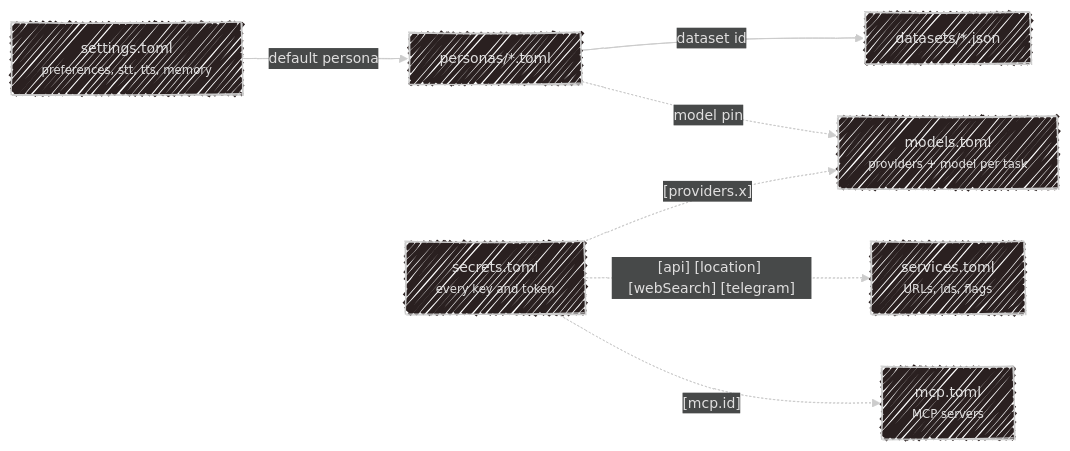
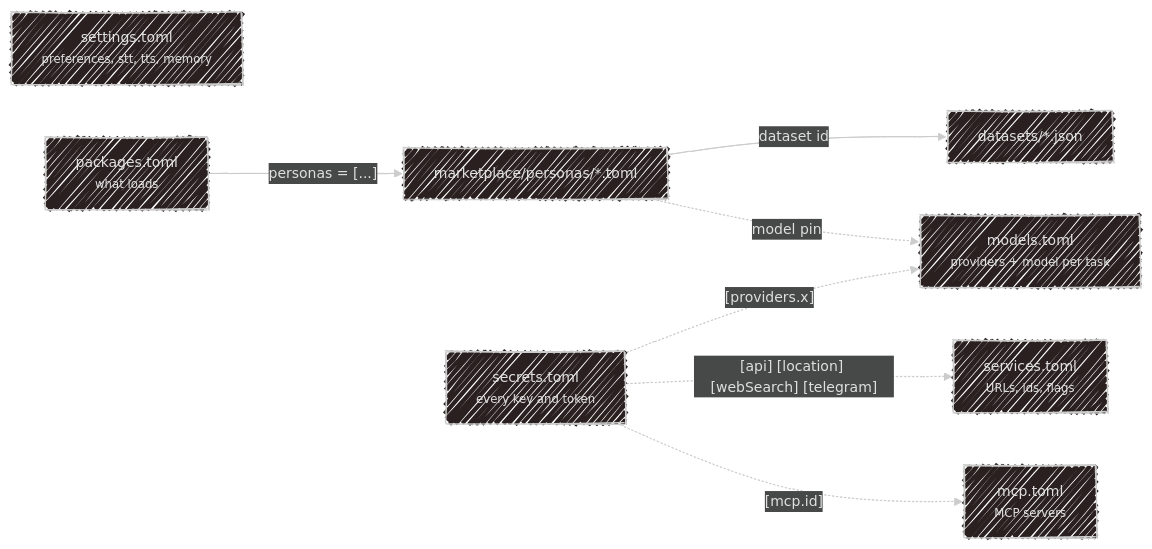
The diagram in docs/configuration.md (SubZtep/kaja), drawn with Mermaid before and after one commit. The commit also changed other lines of this file and 48 other files, not shown here.

First line of the commit message:
feat: personas in the marketplace (local)

````diff
--- a/docs/configuration.md
+++ b/docs/configuration.md
@@ -45,22 +45,23 @@
 ```mermaid
 ---
 config:
   look: handDrawn
   theme: neo-dark
 ---
 flowchart LR
     S["settings.toml<br><small>preferences, stt, tts, memory</small>"]
     M["models.toml<br><small>providers + model per task</small>"]
     V["services.toml<br><small>URLs, ids, flags</small>"]
     C["mcp.toml<br><small>MCP servers</small>"]
-    P["personas/*.toml"]
+    P["marketplace/personas/*.toml"]
+    G["packages.toml<br><small>what loads</small>"]
     D["datasets/*.json"]
     K["secrets.toml<br><small>every key and token</small>"]
 
     K -.->|"[providers.x]"| M
     K -.->|"[api] [location] [webSearch] [telegram]"| V
     K -.->|"[mcp.id]"| C
     P -->|"dataset id"| D
     P -.->|"model pin"| M
-    S -->|"default persona"| P
+    G -->|"personas = [...]"| P
 ```
````
